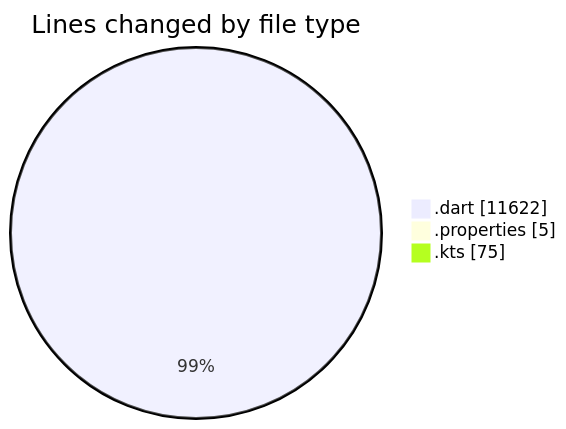
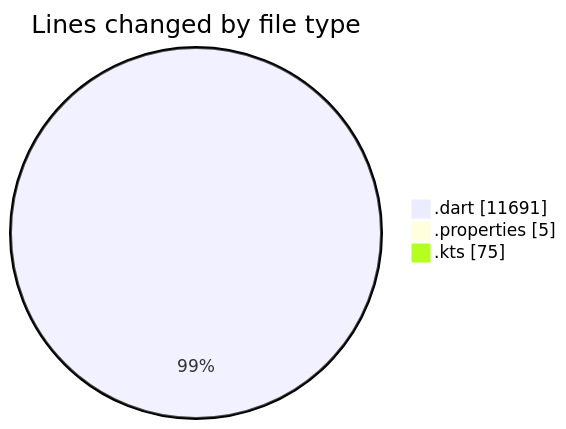
The first of 2 diagrams in 2025-08-25/studybuddy/README.md (lephambinh05/code-tracking), drawn with Mermaid before and after one commit. The commit also changed other lines of this file and 1 other file, not shown here.

````diff
--- a/2025-08-25/studybuddy/README.md
+++ b/2025-08-25/studybuddy/README.md
@@ -49,7 +49,7 @@
 ```mermaid
 pie showData
 title Lines changed by file type
-".dart" : 11622
+".dart" : 11691
 ".properties" : 5
 ".kts" : 75
 ```
````
